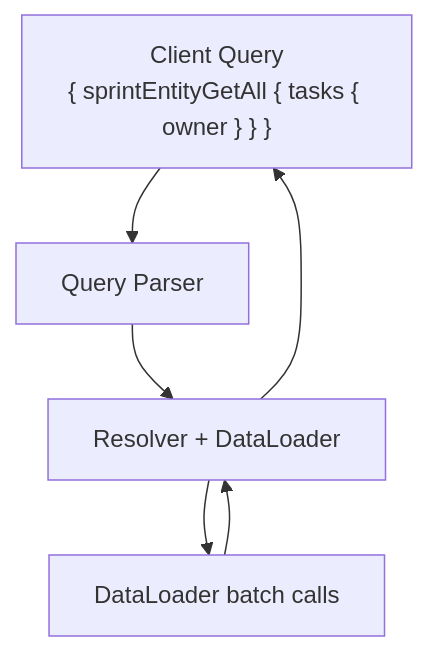
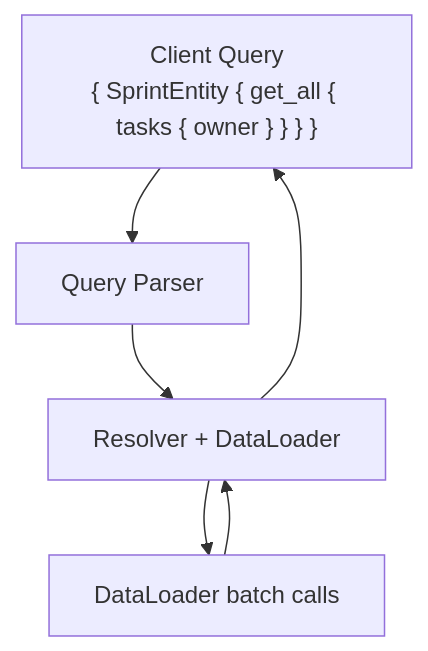
Before and after one commit to allmonday/pydantic-resolve: the second of 2 diagrams in docs/graphql_guide.md, drawn with Mermaid. The commit also changed other lines of this file and 28 other files, not shown here.

````diff
--- a/docs/graphql_guide.md
+++ b/docs/graphql_guide.md
@@ -559,13 +565,13 @@
 ```mermaid
 flowchart TB
-    Q["Client Query<br/>{ sprintEntityGetAll { tasks { owner } } }"]
+    Q["Client Query<br/>{ SprintEntity { get_all { tasks { owner } } } }"]
     P["Query Parser"]
     R["Resolver + DataLoader"]
     D["DataLoader batch calls"]
 
     Q --> P
     P --> R
     R --> D
     D --> R
     R --> Q
 ```
````
